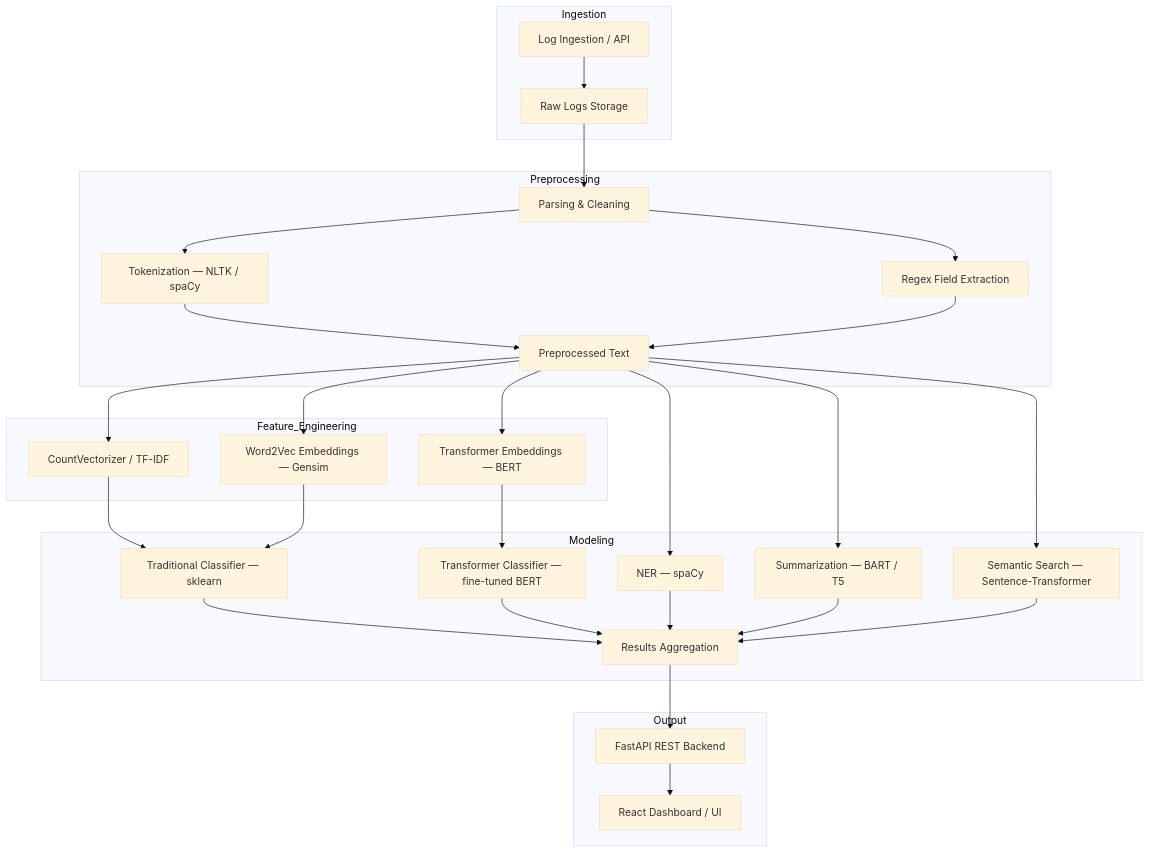
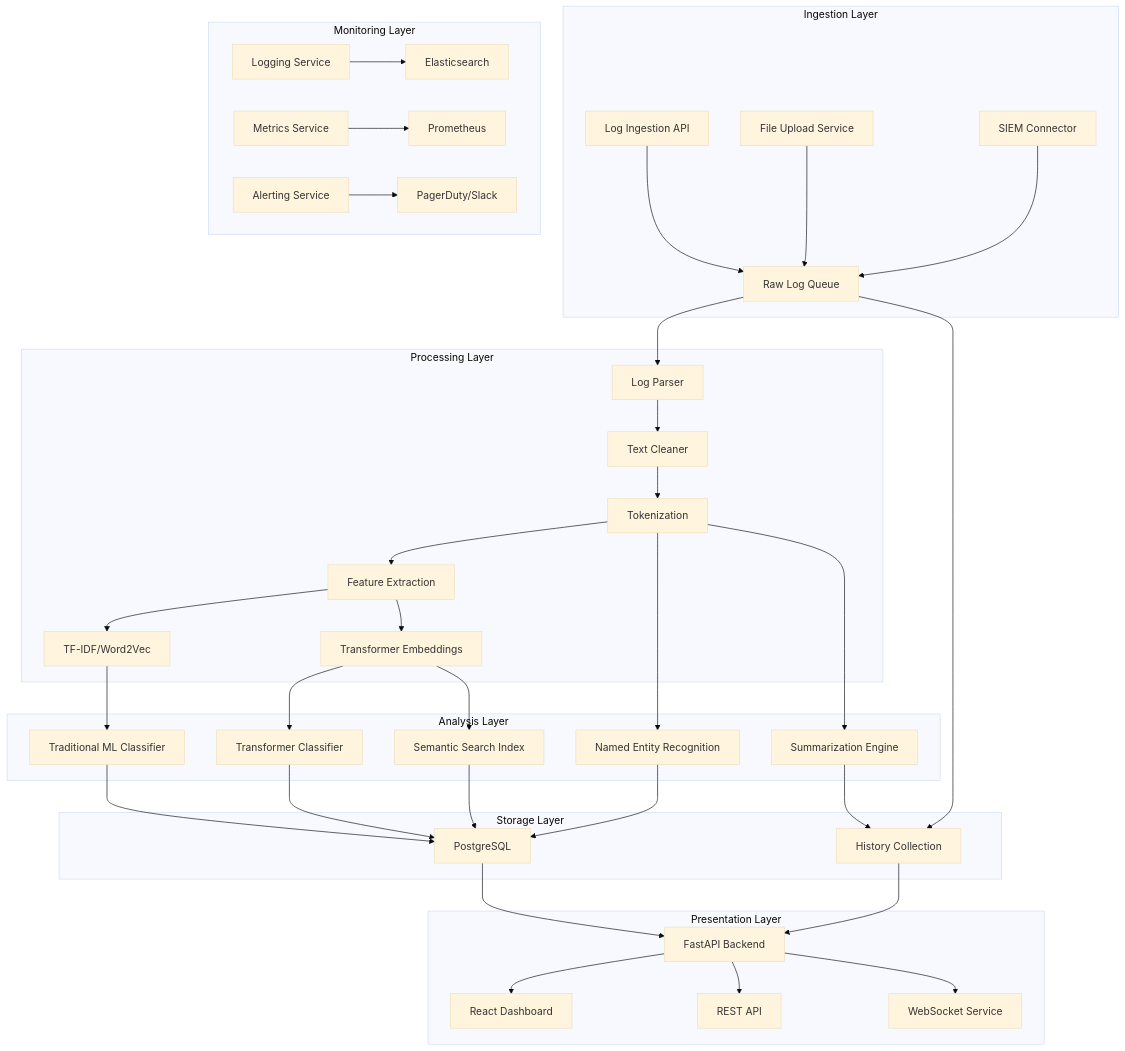
One commit to sushantkumaryadav912/Argus changed the diagram in README.md. Above: the diagram before and after it, drawn with Mermaid (base theme). The commit also changed other lines of this file and 143 other files, not shown here.

First line of the commit message:
Add unit tests for NLP components: NER, summarization, and recommendation

````diff
--- a/README.md
+++ b/README.md
@@ -41,35 +44,48 @@
 ```mermaid
 flowchart TB
-    subgraph Ingestion
-      A[Log Ingestion / API] --> B[Raw Logs Storage]
+    subgraph Ingestion Layer
+      A[Log Ingestion API] --> B[Raw Log Queue]
+      C[File Upload Service] --> B
+      D[SIEM Connector] --> B
     end
-    subgraph Preprocessing
-      B --> C[Parsing & Cleaning]
-      C --> D[Tokenization — NLTK / spaCy]
-      C --> E[Regex Field Extraction]
-      D --> F[Preprocessed Text]
-      E --> F
+    
+    subgraph Processing Layer
+      B --> E[Log Parser]
+      E --> F[Text Cleaner]
+      F --> G[Tokenization]
+      G --> H[Feature Extraction]
+      H --> I[TF-IDF/Word2Vec]
+      H --> J[Transformer Embeddings]
     end
-    subgraph Feature_Engineering
-      F --> G[CountVectorizer / TF-IDF]
-      F --> H[Word2Vec Embeddings — Gensim]
-      F --> I[Transformer Embeddings — BERT]
+    
+    subgraph Analysis Layer
+      I --> K[Traditional ML Classifier]
+      J --> L[Transformer Classifier]
+      G --> M[Named Entity Recognition]
+      G --> N[Summarization Engine]
+      J --> O[Semantic Search Index]
     end
-    subgraph Modeling
-      G --> J[Traditional Classifier — sklearn]
-      H --> J
-      I --> K[Transformer Classifier — fine-tuned BERT]
-      F --> L[NER — spaCy]
-      F --> M[Summarization — BART / T5]
-      F --> N[Semantic Search — Sentence-Transformer]
-      J --> O[Results Aggregation]
-      K --> O
-      L --> O
-      M --> O
-      N --> O
+    
+    subgraph Storage Layer
+      K --> P[PostgreSQL]
+      L --> P
+      M --> P
+      N --> Q[MongoDB]
+      O --> P
+      B --> Q[History Collection]
     end
-    subgraph Output
-      O --> P[FastAPI REST Backend]
-      P --> Q[React Dashboard / UI]
+    
+    subgraph Presentation Layer
+      P --> R[FastAPI Backend]
+      Q --> R
+      R --> S[React Dashboard]
+      R --> T[REST API]
+      R --> U[WebSocket Service]
+    end
+    
+    subgraph Monitoring Layer
+      V[Logging Service] --> W[Elasticsearch]
+      X[Metrics Service] --> Y[Prometheus]
+      Z[Alerting Service] --> AA[PagerDuty/Slack]
     end
 ```
````
